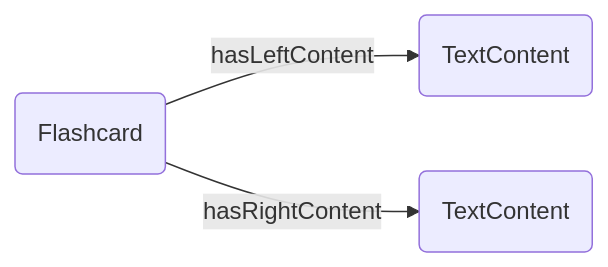
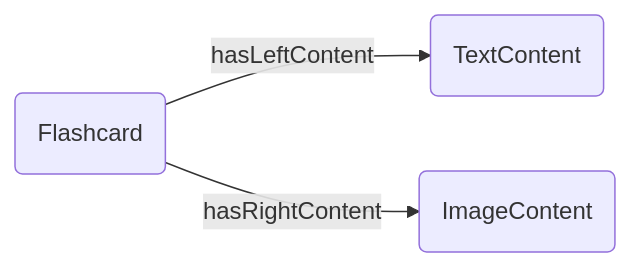
The eighth of 15 diagrams in docs/graph-representation.md (Explik/diybirdyapp), drawn with Mermaid before and after one commit. The commit also changed other lines of this file and 40 other files, not shown here.

Commit message:
Adding image content and initial support for multiple content types for flashcards

````diff
--- a/docs/graph-representation.md
+++ b/docs/graph-representation.md
@@ -94,9 +104,9 @@
 ```mermaid
 graph LR
 V1(Flashcard)
 V2(TextContent)
-V3(TextContent)
+V3(ImageContent)
 
 V1--hasLeftContent-->V2
 V1--hasRightContent-->V3
 ```
````
